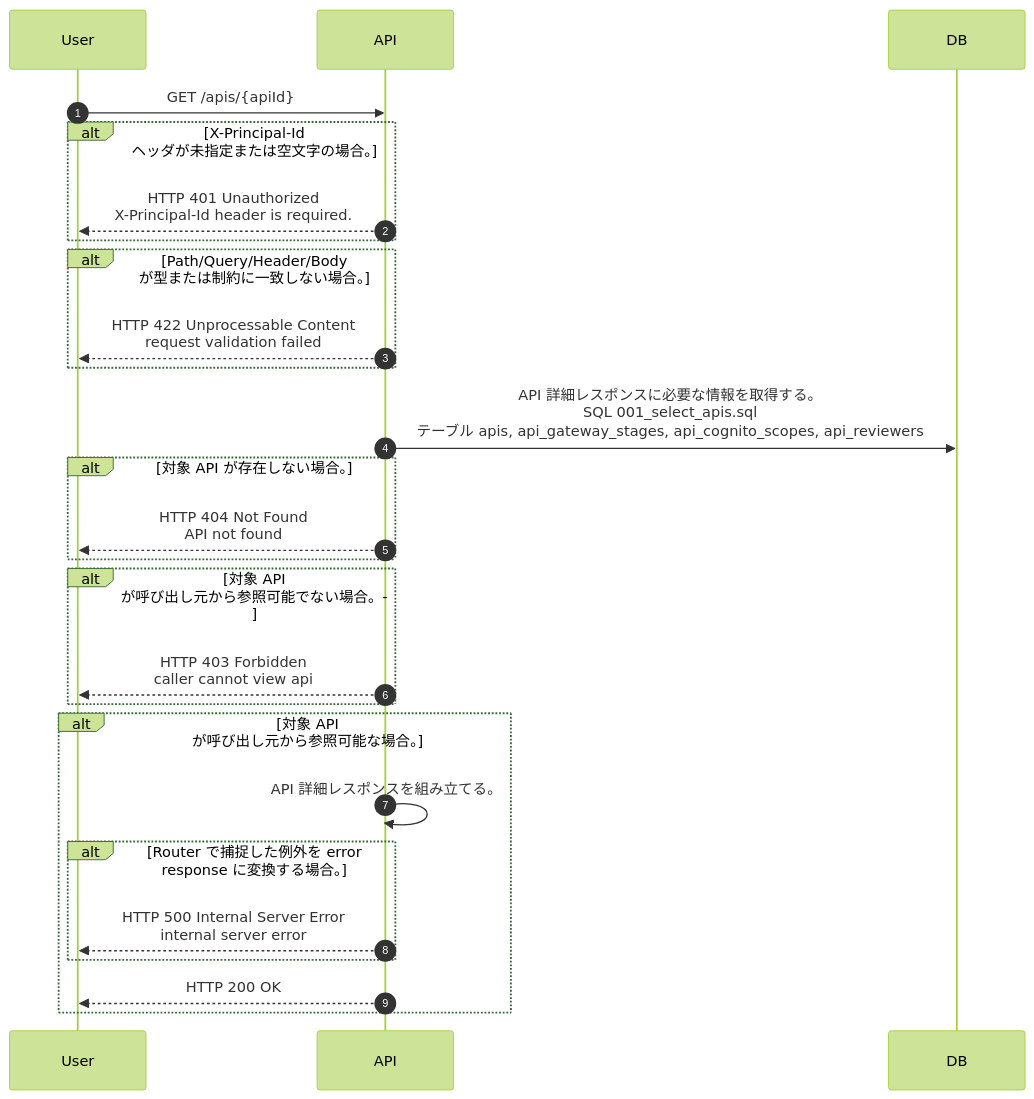
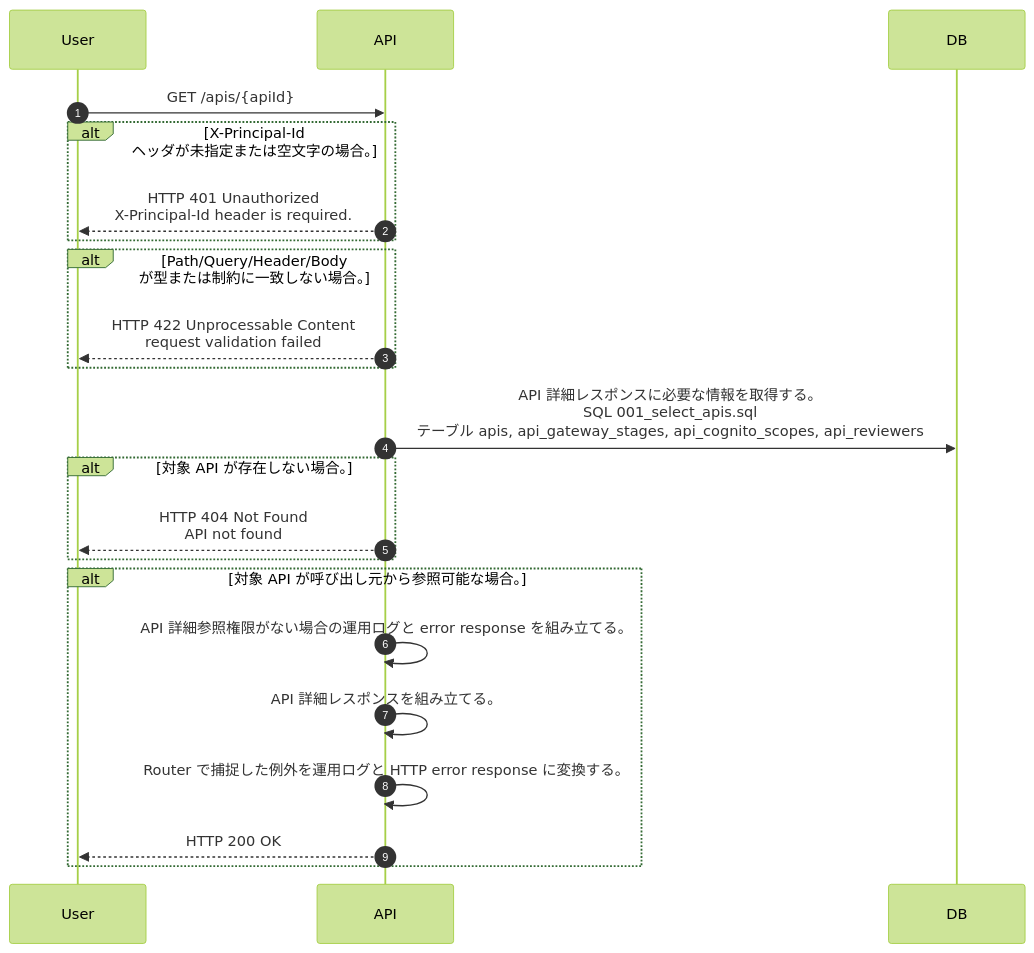
The diagram in docs/spec/40.apis/apis/get_api/sequence_gen.md (tsuji-tomonori/lazunex), drawn with Mermaid (forest theme) before and after one commit. The commit also changed 107 other files, not shown here.

````diff
--- a/docs/spec/40.apis/apis/get_api/sequence_gen.md
+++ b/docs/spec/40.apis/apis/get_api/sequence_gen.md
@@ -5,28 +5,24 @@
 ```mermaid
 sequenceDiagram
   autonumber
   participant User as User
   participant API as API
   participant DB as DB
   User->>API: GET /apis/{apiId}
   alt X-Principal-Id ヘッダが未指定または空文字の場合。
     API-->>User: HTTP 401 Unauthorized<br/>X-Principal-Id header is required.
   end
   alt Path/Query/Header/Body が型または制約に一致しない場合。
     API-->>User: HTTP 422 Unprocessable Content<br/>request validation failed
   end
   API->>DB: API 詳細レスポンスに必要な情報を取得する。<br/>SQL 001_select_apis.sql<br/>テーブル apis, api_gateway_stages, api_cognito_scopes, api_reviewers
   alt 対象 API が存在しない場合。
     API-->>User: HTTP 404 Not Found<br/>API not found
   end
-  alt 対象 API が呼び出し元から参照可能でない場合。
-    API-->>User: HTTP 403 Forbidden<br/>caller cannot view api
-  end
   alt 対象 API が呼び出し元から参照可能な場合。
+    API->>API: API 詳細参照権限がない場合の運用ログと error response を組み立てる。
     API->>API: API 詳細レスポンスを組み立てる。
-    alt Router で捕捉した例外を error response に変換する場合。
-      API-->>User: HTTP 500 Internal Server Error<br/>internal server error
-    end
+    API->>API: Router で捕捉した例外を運用ログと HTTP error response に変換する。
     API-->>User: HTTP 200 OK
   end
 ```
````
